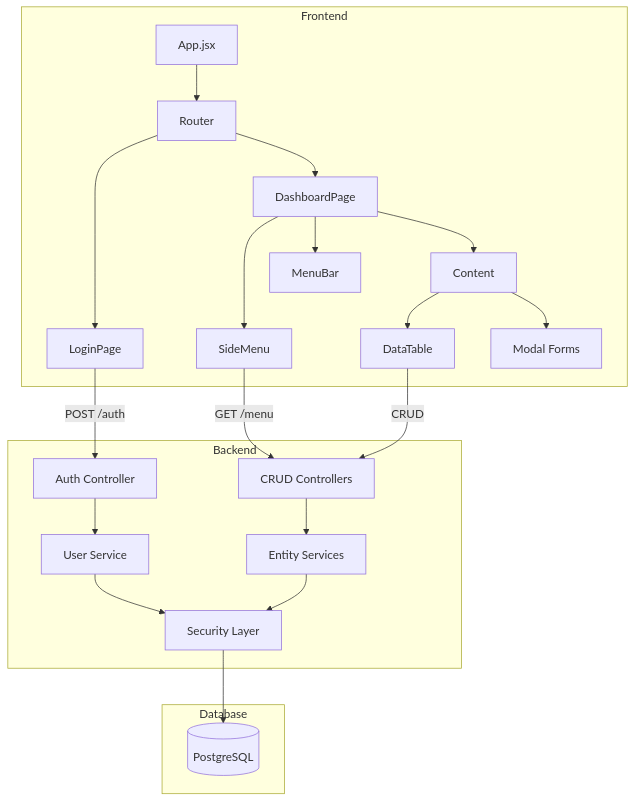
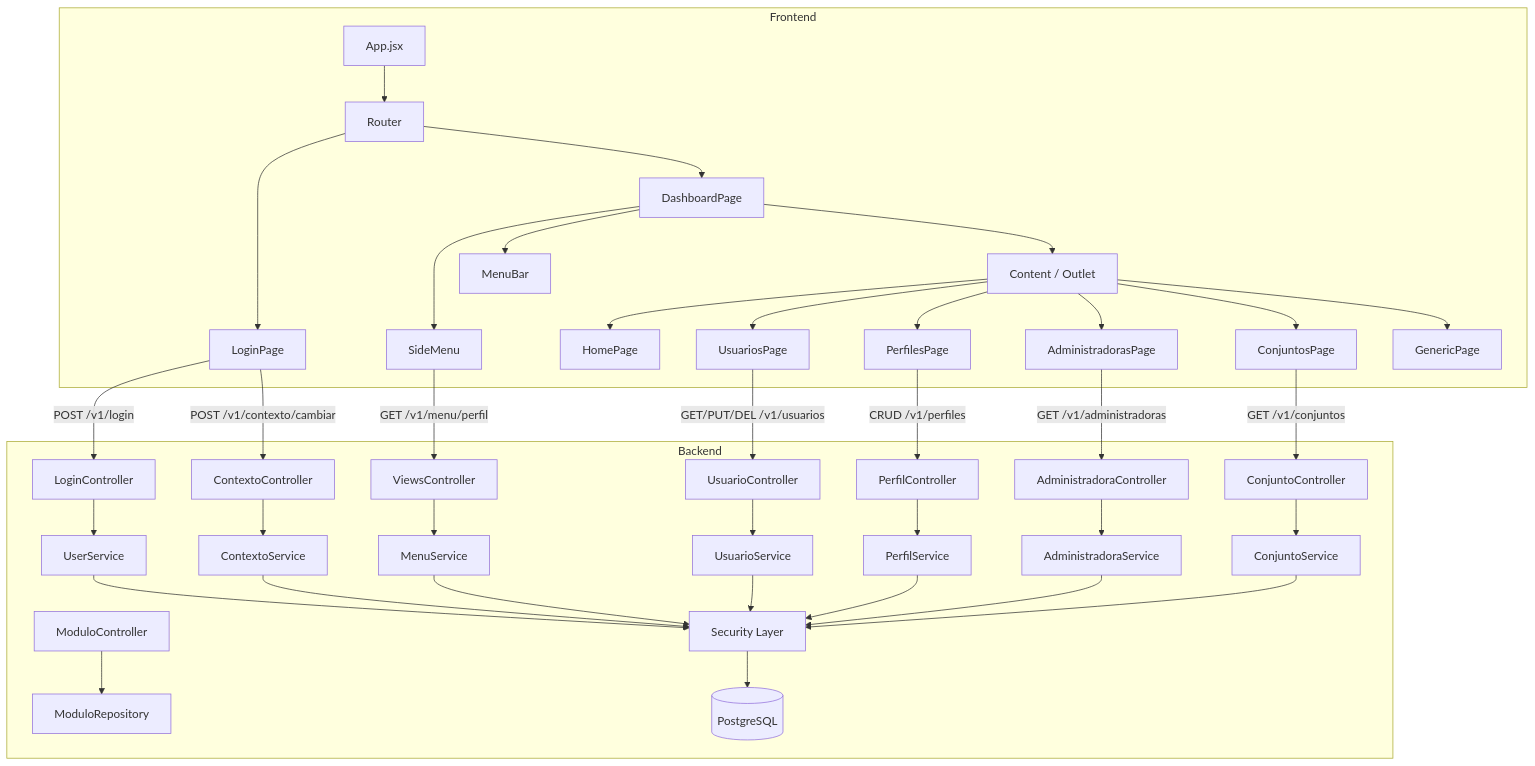
One commit to Floor5AndHalfSoftware/resimanager-backoffice changed the diagram in docs/general/02-arquitectura.md. Above: the diagram before and after it, drawn with Mermaid. The commit also changed other lines of this file and 5 other files, not shown here.

````diff
--- a/docs/general/02-arquitectura.md
+++ b/docs/general/02-arquitectura.md
@@ -115,29 +178,44 @@
 ```mermaid
 graph TB
     subgraph Frontend
         A[App.jsx] --> B[Router]
         B --> C[LoginPage]
         B --> D[DashboardPage]
         D --> E[SideMenu]
         D --> F[MenuBar]
-        D --> G[Content]
-        G --> H[DataTable]
-        G --> I[Modal Forms]
+        D --> G[Content / Outlet]
+        G --> H[HomePage]
+        G --> I[UsuariosPage]
+        G --> J[PerfilesPage]
+        G --> K[AdministradorasPage]
+        G --> L[ConjuntosPage]
+        G --> M[GenericPage]
     end
     
     subgraph Backend
-        J[Auth Controller] --> K[User Service]
-        L[CRUD Controllers] --> M[Entity Services]
-        K --> N[Security Layer]
-        M --> N
+        N[LoginController] --> O[UserService]
+        P[ContextoController] --> Q[ContextoService]
+        R[ViewsController] --> S[MenuService]
+        T[UsuarioController] --> U[UsuarioService]
+        V[PerfilController] --> W[PerfilService]
+        X[AdministradoraController] --> Y[AdministradoraService]
+        Z[ConjuntoController] --> AA[ConjuntoService]
+        AB[ModuloController] --> AC[ModuloRepository]
+        O --> AD[Security Layer]
+        Q --> AD
+        S --> AD
+        U --> AD
+        W --> AD
+        Y --> AD
+        AA --> AD
+        AD --> AE[(PostgreSQL)]
     end
     
-    subgraph Database
-        O[(PostgreSQL)]
-    end
-    
-    C -->|POST /auth| J
-    E -->|GET /menu| L
-    H -->|CRUD| L
-    N --> O
+    C -->|POST /v1/login| N
+    C -->|POST /v1/contexto/cambiar| P
+    E -->|GET /v1/menu/perfil| R
+    I -->|GET/PUT/DEL /v1/usuarios| T
+    J -->|CRUD /v1/perfiles| V
+    K -->|GET /v1/administradoras| X
+    L -->|GET /v1/conjuntos| Z
 ```
````
